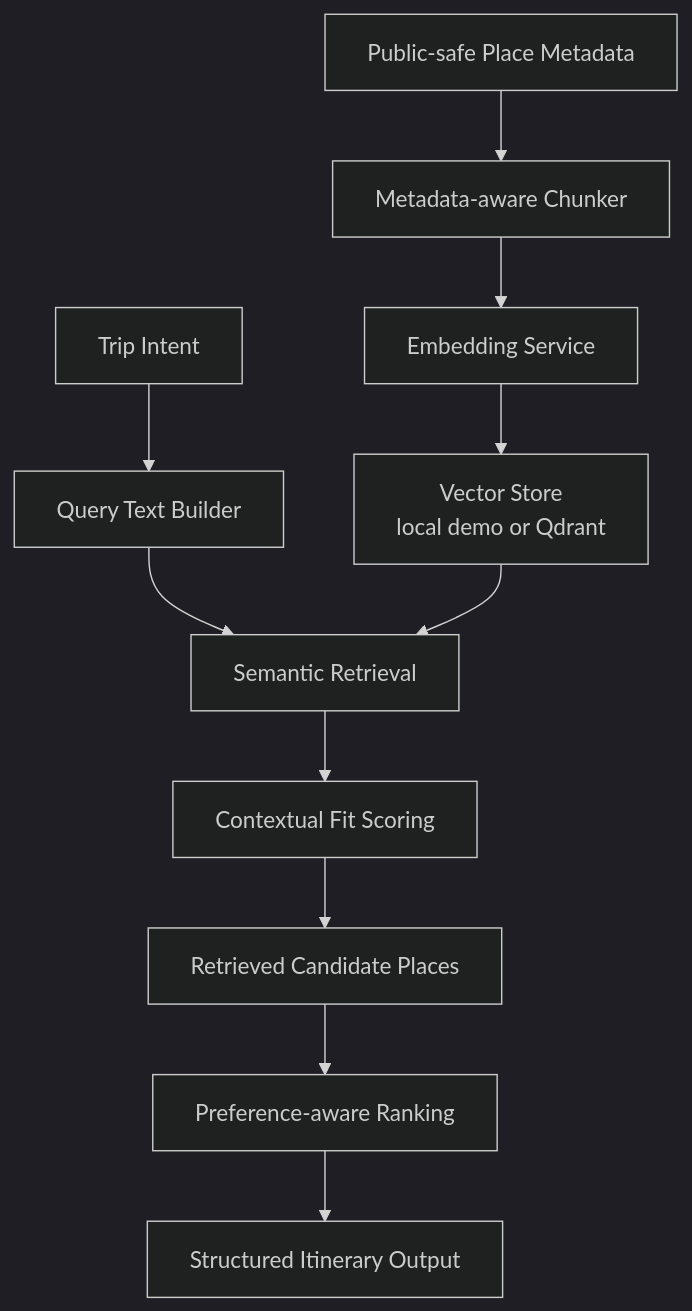
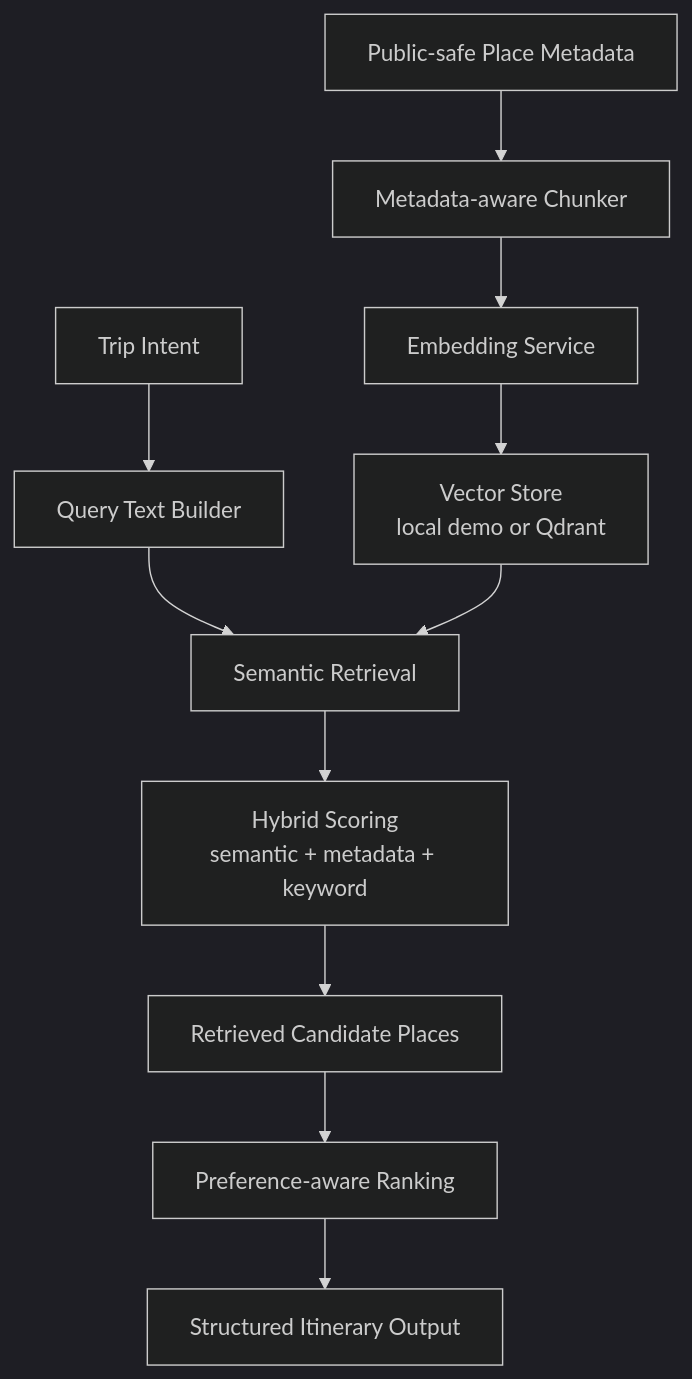
The diagram in docs/RETRIEVAL_LAYER.md (PRRanavvv/WayFinder-Labs), drawn with Mermaid (dark theme) before and after one commit. The commit also changed other lines of this file and 18 other files, not shown here.

````diff
--- a/docs/RETRIEVAL_LAYER.md
+++ b/docs/RETRIEVAL_LAYER.md
@@ -9,13 +9,13 @@
 ```mermaid
 flowchart TD
   Intent["Trip Intent"] --> Query["Query Text Builder"]
   Metadata["Public-safe Place Metadata"] --> Chunker["Metadata-aware Chunker"]
   Chunker --> Embed["Embedding Service"]
   Embed --> Index["Vector Store<br/>local demo or Qdrant"]
   Query --> Search["Semantic Retrieval"]
   Index --> Search
-  Search --> Context["Contextual Fit Scoring"]
+  Search --> Context["Hybrid Scoring<br/>semantic + metadata + keyword"]
   Context --> Candidates["Retrieved Candidate Places"]
   Candidates --> Ranking["Preference-aware Ranking"]
   Ranking --> Itinerary["Structured Itinerary Output"]
 ```
````
